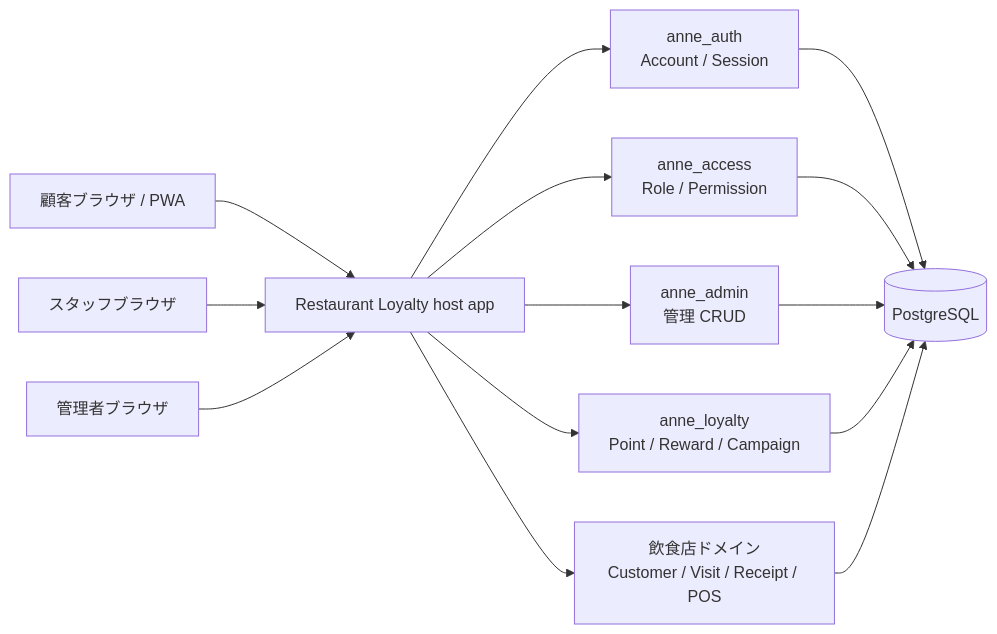
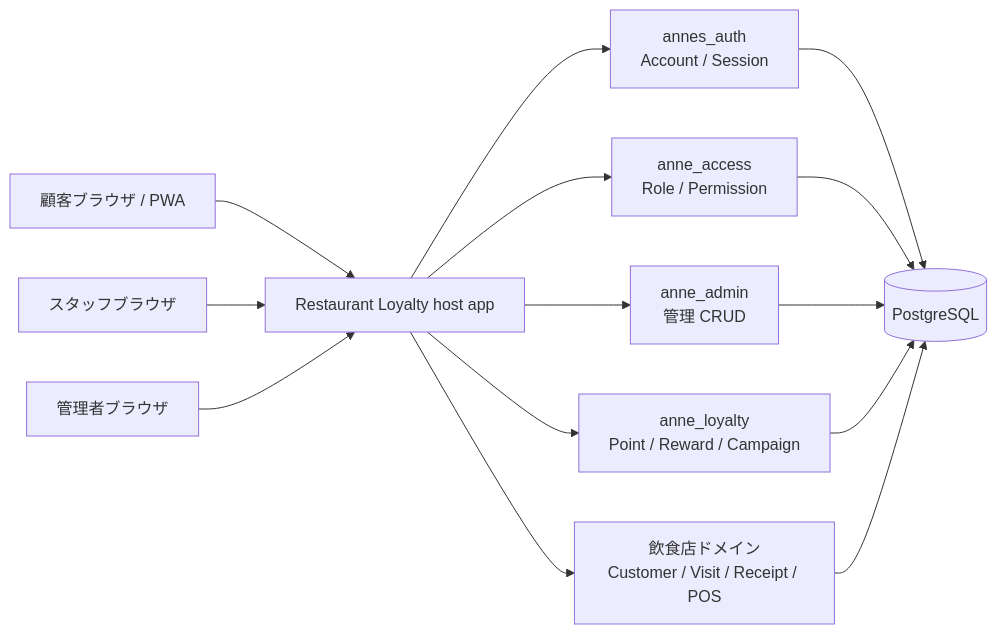
The first of 2 diagrams in examples/restaurant_loyalty/docs/technical_concept.md (quartet-labo/annes_engine), drawn with Mermaid before and after one commit. The commit also changed other lines of this file and 307 other files, not shown here.

Commit message:
refactor(auth): rename package and namespace to AnnesAuth

````diff
--- a/examples/restaurant_loyalty/docs/technical_concept.md
+++ b/examples/restaurant_loyalty/docs/technical_concept.md
@@ -65,19 +65,19 @@
 ```mermaid
 flowchart LR
     Customer["顧客ブラウザ / PWA"] --> Host["Restaurant Loyalty host app"]
     Staff["スタッフブラウザ"] --> Host
     Admin["管理者ブラウザ"] --> Host
 
-    Host --> Auth["anne_auth\nAccount / Session"]
+    Host --> Auth["annes_auth\nAccount / Session"]
     Host --> Access["anne_access\nRole / Permission"]
     Host --> AdminEngine["anne_admin\n管理 CRUD"]
     Host --> Loyalty["anne_loyalty\nPoint / Reward / Campaign"]
 
     Host --> Domain["飲食店ドメイン\nCustomer / Visit / Receipt / POS"]
 
     Auth --> DB[(PostgreSQL)]
     Access --> DB
     AdminEngine --> DB
     Loyalty --> DB
     Domain --> DB
 ```
````
